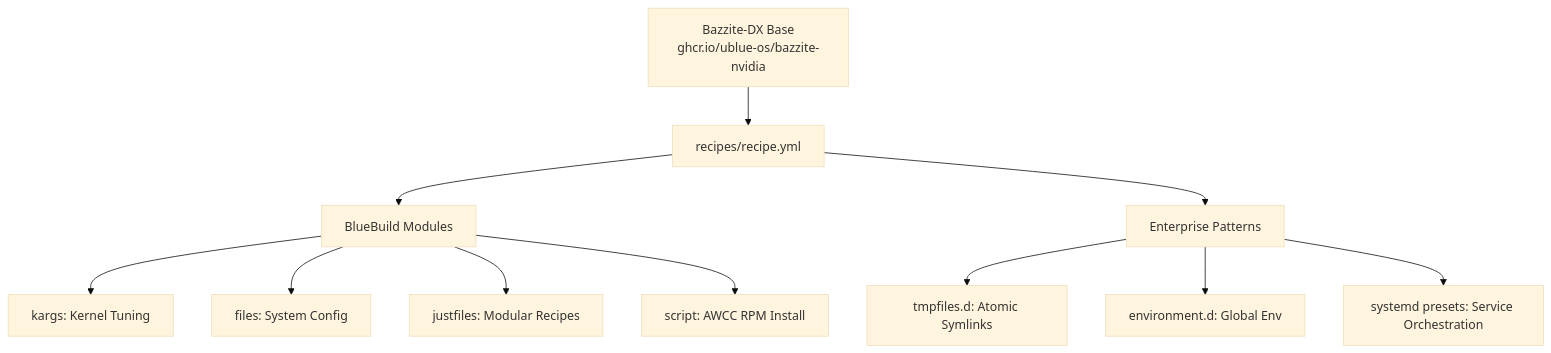
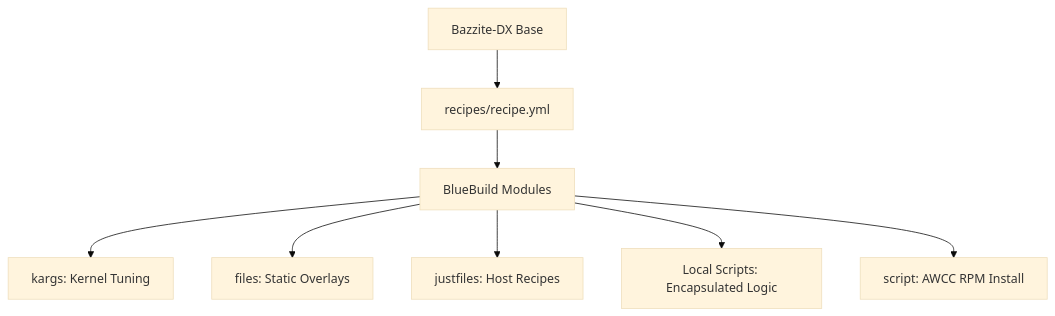
One commit to nklowns/bazzite-dx-silver-goggles changed the diagram in README.md. Above: the diagram before and after it, drawn with Mermaid (base theme). The commit also changed other lines of this file and 16 other files, not shown here.

Commit message:
refactor: modernize dev-shell implementation and update documentation for modular architecture

````diff
--- a/README.md
+++ b/README.md
@@ -23,13 +23,10 @@
 ```mermaid
 graph TD
-    A[Bazzite-DX Base<br/>ghcr.io/ublue-os/bazzite-nvidia] --> B[recipes/recipe.yml]
+    A[Bazzite-DX Base] --> B[recipes/recipe.yml]
     B --> C[BlueBuild Modules]
     C --> C1[kargs: Kernel Tuning]
-    C --> C2[files: System Config]
-    C --> C5[justfiles: Modular Recipes]
+    C --> C2[files: Static Overlays]
+    C --> C5[justfiles: Host Recipes]
+    C --> C6[Local Scripts: Encapsulated Logic]
     C --> C3[script: AWCC RPM Install]
-    B --> D[Enterprise Patterns]
-    D --> D1[tmpfiles.d: Atomic Symlinks]
-    D --> D2[environment.d: Global Env]
-    D --> D3[systemd presets: Service Orchestration]
 ```
````
